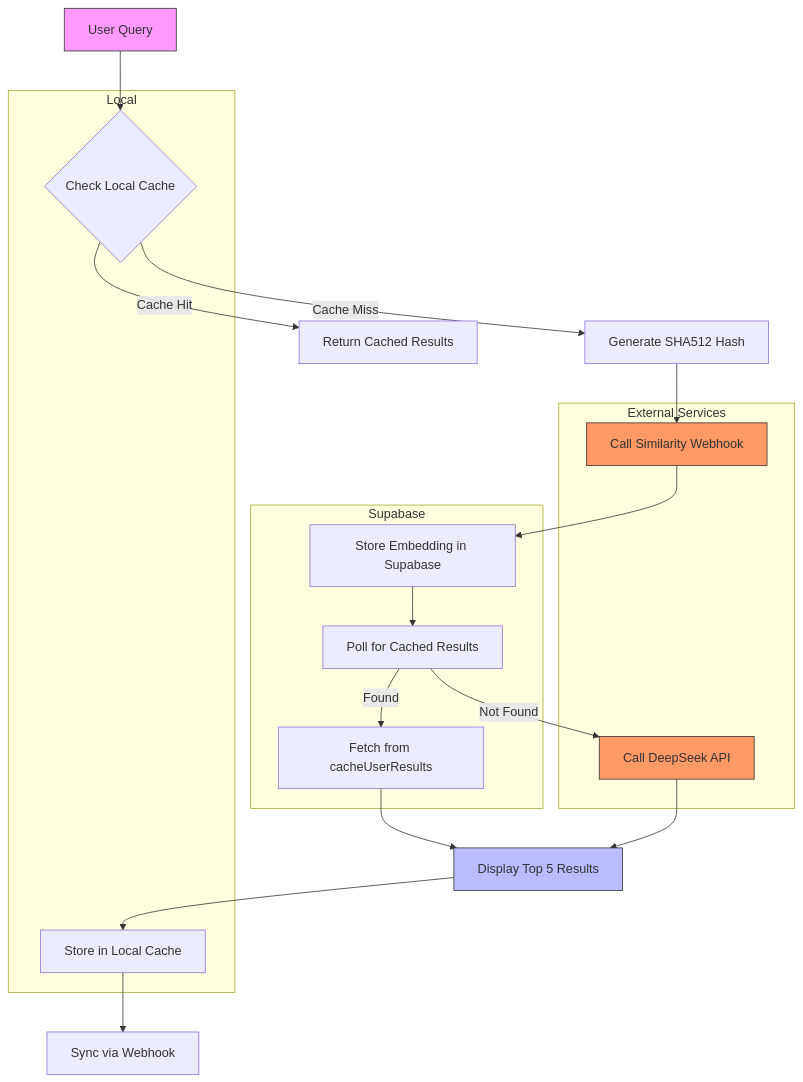
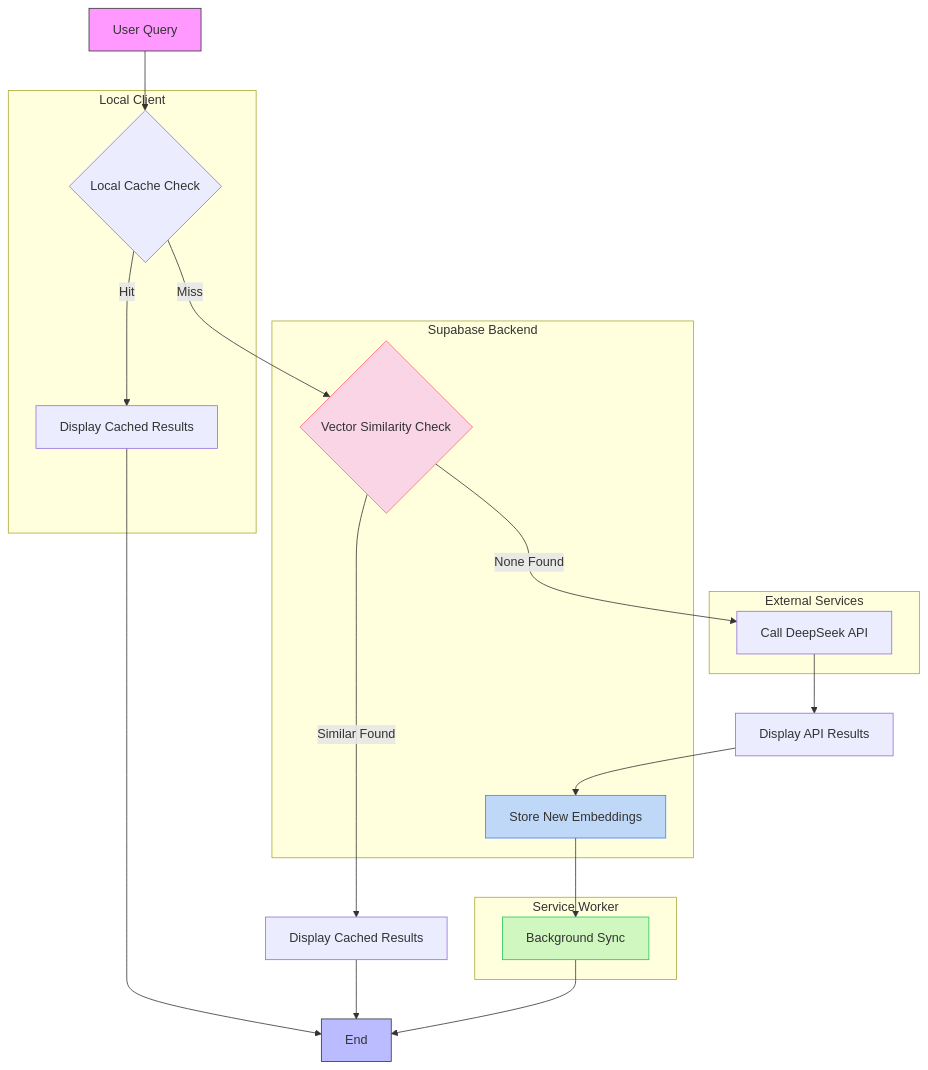
The diagram in docs/caching-strategy-diagram.md (salestracker/shodhan), drawn with Mermaid before and after one commit. The commit also changed other lines of this file and 10 other files, not shown here.

Commit message:
Exact → Semantic → API flow, make.com’s embedding/search steps, and how the Service Worker keeps  local cache in sync.

````diff
--- a/docs/caching-strategy-diagram.md
+++ b/docs/caching-strategy-diagram.md
@@ -3,36 +3,39 @@
 ```mermaid
 graph TD
-    A[User Query] --> B{Check Local Cache}
-    B -->|Cache Hit| C[Return Cached Results]
-    B -->|Cache Miss| D[Generate SHA512 Hash]
-    D --> E[Call Similarity Webhook]
-    E --> F[Store Embedding in Supabase]
-    F --> G[Poll for Cached Results]
-    G -->|Found| H[Fetch from cacheUserResults]
-    G -->|Not Found| I[Call DeepSeek API]
-    H --> J[Display Top 5 Results]
-    I --> J
-    J --> K[Store in Local Cache]
-    K --> L[Sync via Webhook]
+    A[User Query] --> B{Local Cache Check};
+    B -->|Hit| C[Display Cached Results];
+    B -->|Miss| D{Vector Similarity Check}:::vector-node;
+    D -->|Similar Found| E[Display Cached Results];
+    D -->|None Found| F[Call DeepSeek API];
+    F --> G[Display API Results];
+    G --> H[Store New Embeddings]:::supabase-node;
+    H --> I[Background Sync]:::sw-node;
+    C --> J[End];
+    E --> J;
+    I --> J;
 
-    subgraph Local
-        B
-        K
+    classDef vector-node fill:#f9d5e5,stroke:#ff6b6b;
+    classDef supabase-node fill:#c0d8f7,stroke:#3b82f6;
+    classDef sw-node fill:#d1f7c0,stroke:#22c55e;
+
+    subgraph "Local Client"
+        B;
+        C;
     end
 
-    subgraph Supabase
-        F
-        G
-        H
+    subgraph "Supabase Backend"
+        D;
+        H;
     end
 
-    subgraph External Services
-        E
-        I
+    subgraph "External Services"
+        F;
     end
 
-    style A fill:#f9f,stroke:#333
-    style J fill:#bbf,stroke:#333
-    style E fill:#f96,stroke:#333
-    style I fill:#f96,stroke:#333
+    subgraph "Service Worker"
+        I;
+    end
+
+    style A fill:#f9f,stroke:#333;
+    style J fill:#bbf,stroke:#333;
 ```
````
